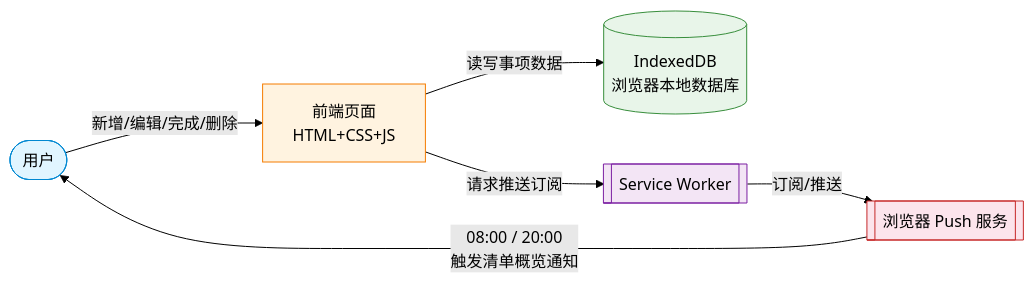
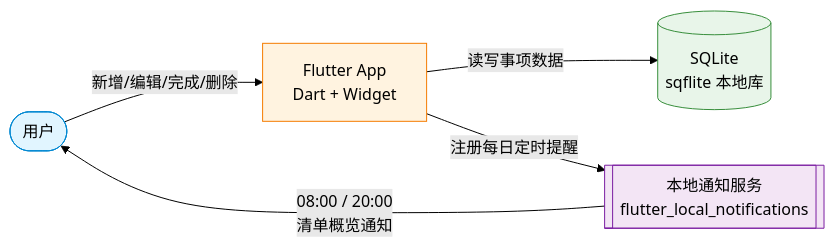
One commit to XingHo-VibeCoding/vibe-coding changed the diagram in TECH_DESIGN.md. Above: the diagram before and after it, drawn with Mermaid (forest theme). The commit also changed other lines of this file and 2 other files, not shown here.

First line of the commit message:
Day 9｜文档对齐：路线由 Web/PWA 改为 Flutter 安卓 App

````diff
--- a/TECH_DESIGN.md
+++ b/TECH_DESIGN.md
@@ -91,14 +106,12 @@
 ```mermaid
 flowchart LR
-    User([用户]) -->|新增/编辑/完成/删除| UI[前端页面<br/>HTML+CSS+JS]
-    UI -->|读写事项数据| IDB[(IndexedDB<br/>浏览器本地数据库)]
-    UI -->|请求推送订阅| SW[[Service Worker]]
-    SW -->|订阅/推送| Push[[浏览器 Push 服务]]
-    Push -->|08:00 / 20:00<br/>触发清单概览通知| User
+    User([用户]) -->|新增/编辑/完成/删除| UI[Flutter App<br/>Dart + Widget]
+    UI -->|读写事项数据| DB[(SQLite<br/>sqflite 本地库)]
+    UI -->|注册每日定时提醒| Notif[[本地通知服务<br/>flutter_local_notifications]]
+    Notif -->|08:00 / 20:00<br/>清单概览通知| User
 
     style User fill:#e1f5ff,stroke:#0288d1
     style UI fill:#fff3e0,stroke:#f57c00
-    style IDB fill:#e8f5e9,stroke:#388e3c
-    style SW fill:#f3e5f5,stroke:#7b1fa2
-    style Push fill:#fce4ec,stroke:#c62828
+    style DB fill:#e8f5e9,stroke:#388e3c
+    style Notif fill:#f3e5f5,stroke:#7b1fa2
 ```
````
